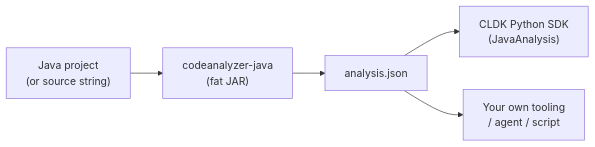
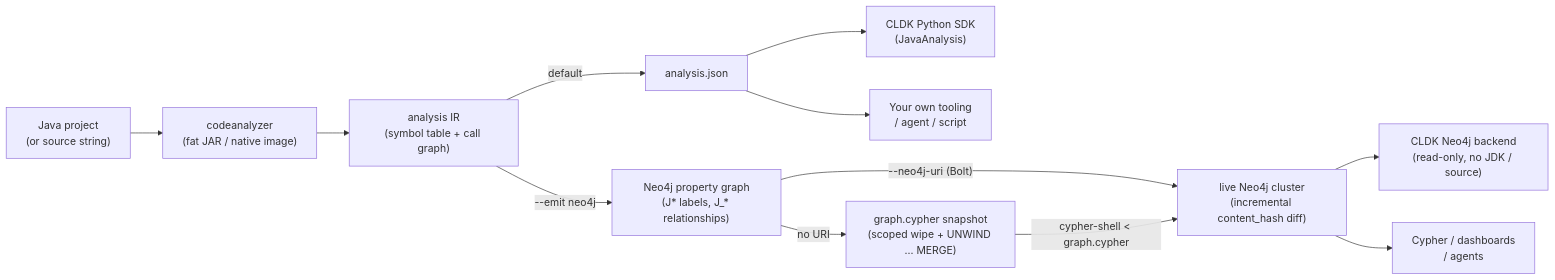
One commit to codellm-devkit/codeanalyzer-java changed the diagram in src/content/docs/what-is-codeanalyzer.mdx. Above: the diagram before and after it, drawn with Mermaid. The commit also changed other lines of this file and 19 other files, not shown here.

First line of the commit message:
docs: document Neo4j property-graph output (scale, Kubernetes, enterprise)

````diff
--- a/src/content/docs/what-is-codeanalyzer.mdx
+++ b/src/content/docs/what-is-codeanalyzer.mdx
@@ -14,7 +17,14 @@
 ```mermaid
 flowchart LR
-    A["Java project<br/>(or source string)"] --> B["codeanalyzer-java<br/>(fat JAR)"]
-    B --> C["analysis.json"]
+    A["Java project<br/>(or source string)"] --> B["codeanalyzer<br/>(fat JAR / native image)"]
+    B --> IR["analysis IR<br/>(symbol table + call graph)"]
+    IR -->|"default"| C["analysis.json"]
+    IR -->|"--emit neo4j"| G["Neo4j property graph<br/>(J* labels, J_* relationships)"]
     C --> D["CLDK Python SDK<br/>(JavaAnalysis)"]
     C --> E["Your own tooling<br/>/ agent / script"]
+    G -->|"no URI"| SNAP["graph.cypher snapshot<br/>(scoped wipe + UNWIND ... MERGE)"]
+    G -->|"--neo4j-uri (Bolt)"| LIVE["live Neo4j cluster<br/>(incremental content_hash diff)"]
+    SNAP -->|"cypher-shell < graph.cypher"| LIVE
+    LIVE --> SDK["CLDK Neo4j backend<br/>(read-only, no JDK / source)"]
+    LIVE --> Q["Cypher / dashboards<br/>/ agents"]
 ```
````
